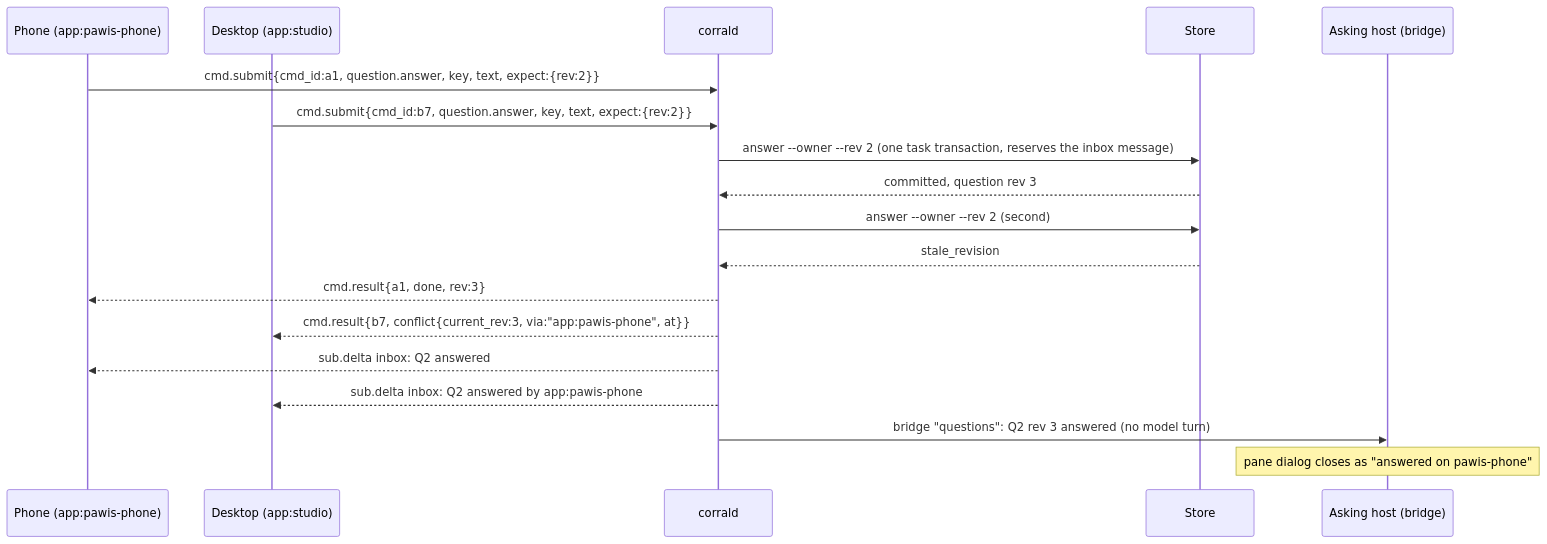
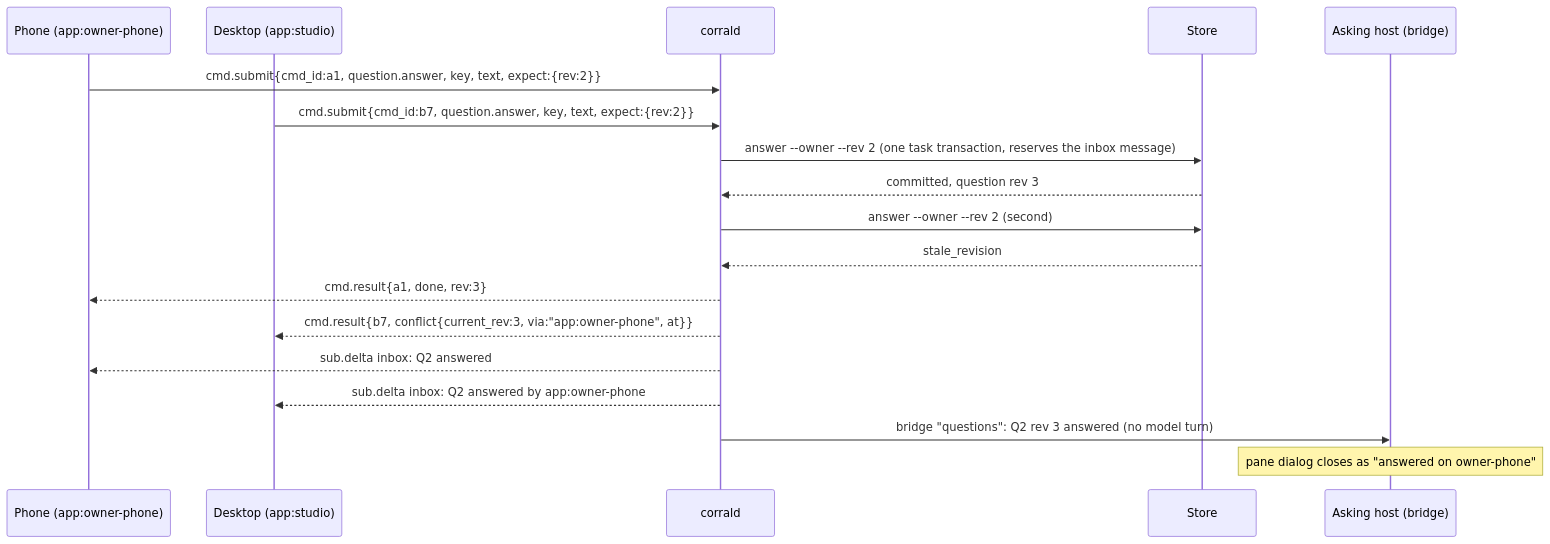
Before and after one commit to pawissanutt/corral: the second of 3 diagrams in docs/app-design/ARCHITECTURE.md, drawn with Mermaid. The commit also changed other lines of this file and 70 other files, not shown here.

````diff
--- a/docs/app-design/ARCHITECTURE.md
+++ b/docs/app-design/ARCHITECTURE.md
@@ -482,20 +482,20 @@
 ```mermaid
 sequenceDiagram
-  participant P as Phone (app:pawis-phone)
+  participant P as Phone (app:owner-phone)
   participant K as Desktop (app:studio)
   participant D as corrald
   participant S as Store
   participant H as Asking host (bridge)
   P->>D: cmd.submit{cmd_id:a1, question.answer, key, text, expect:{rev:2}}
   K->>D: cmd.submit{cmd_id:b7, question.answer, key, text, expect:{rev:2}}
   D->>S: answer --owner --rev 2 (one task transaction, reserves the inbox message)
   S-->>D: committed, question rev 3
   D->>S: answer --owner --rev 2 (second)
   S-->>D: stale_revision
   D-->>P: cmd.result{a1, done, rev:3}
-  D-->>K: cmd.result{b7, conflict{current_rev:3, via:"app:pawis-phone", at}}
+  D-->>K: cmd.result{b7, conflict{current_rev:3, via:"app:owner-phone", at}}
   D-->>P: sub.delta inbox: Q2 answered
-  D-->>K: sub.delta inbox: Q2 answered by app:pawis-phone
+  D-->>K: sub.delta inbox: Q2 answered by app:owner-phone
   D->>H: bridge "questions": Q2 rev 3 answered (no model turn)
-  Note over H: pane dialog closes as "answered on pawis-phone"
+  Note over H: pane dialog closes as "answered on owner-phone"
 ```
````
